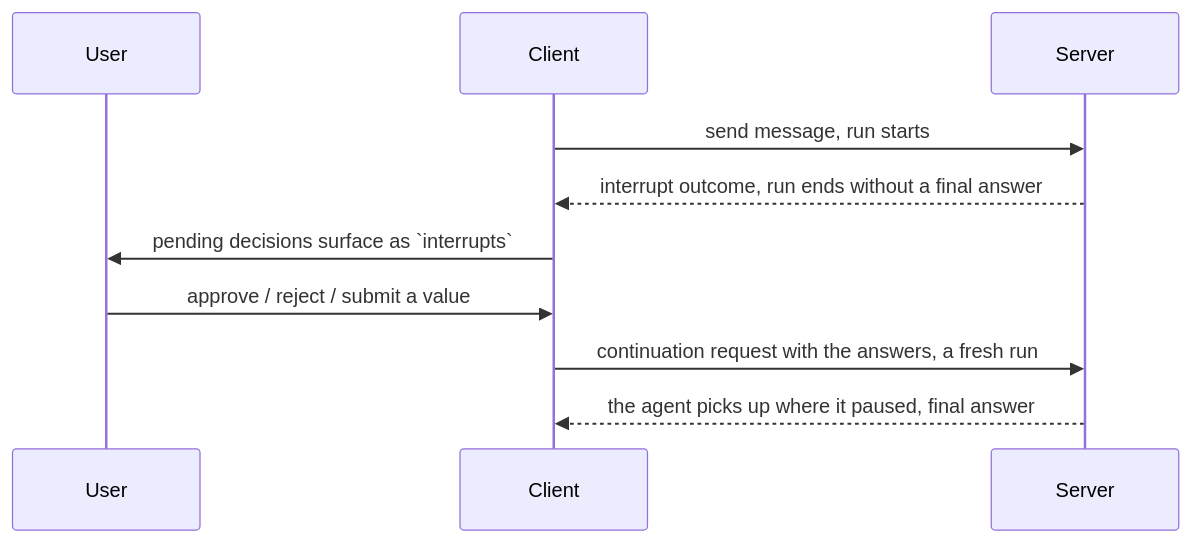
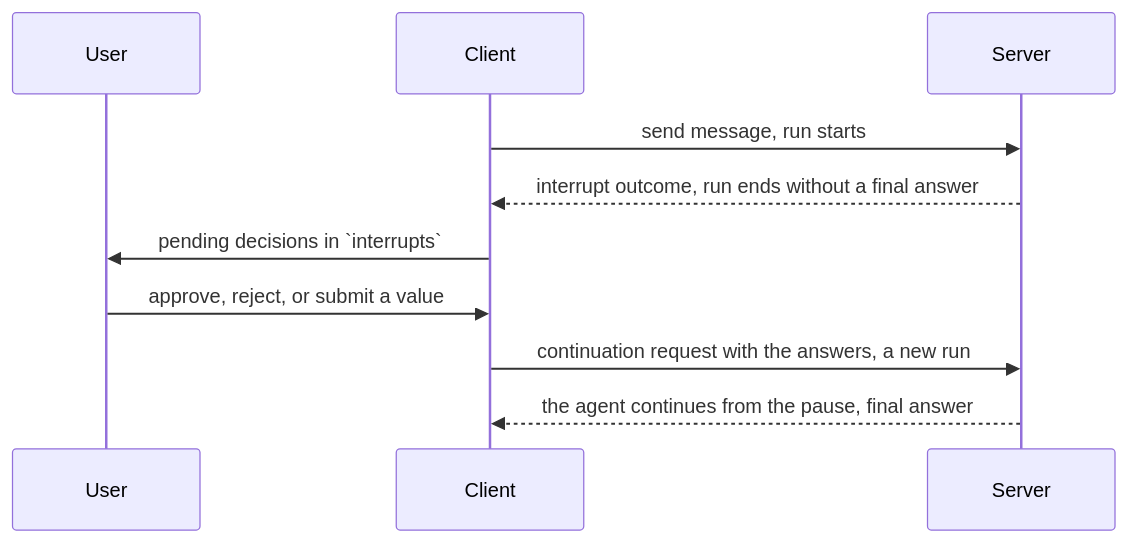
One commit to TanStack/ai changed the diagram in docs/interrupts/overview.md. Above: the diagram before and after it, drawn with Mermaid. The commit also changed other lines of this file and 253 other files, not shown here.

````diff
--- a/docs/interrupts/overview.md
+++ b/docs/interrupts/overview.md
@@ -31,13 +170,13 @@
 ```mermaid
 sequenceDiagram
     participant User
     participant Client
     participant Server
 
     Client->>Server: send message, run starts
     Server-->>Client: interrupt outcome, run ends without a final answer
-    Client->>User: pending decisions surface as `interrupts`
-    User->>Client: approve / reject / submit a value
-    Client->>Server: continuation request with the answers, a fresh run
-    Server-->>Client: the agent picks up where it paused, final answer
+    Client->>User: pending decisions in `interrupts`
+    User->>Client: approve, reject, or submit a value
+    Client->>Server: continuation request with the answers, a new run
+    Server-->>Client: the agent continues from the pause, final answer
 ```
````
